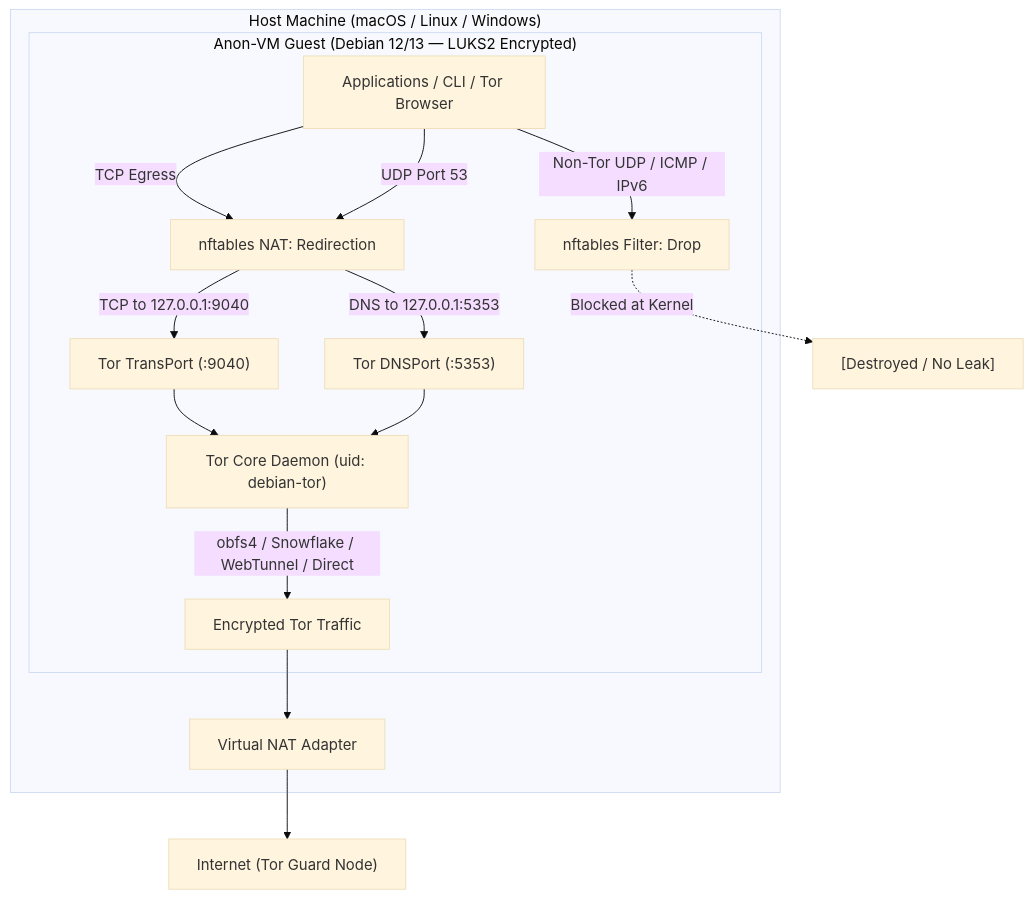
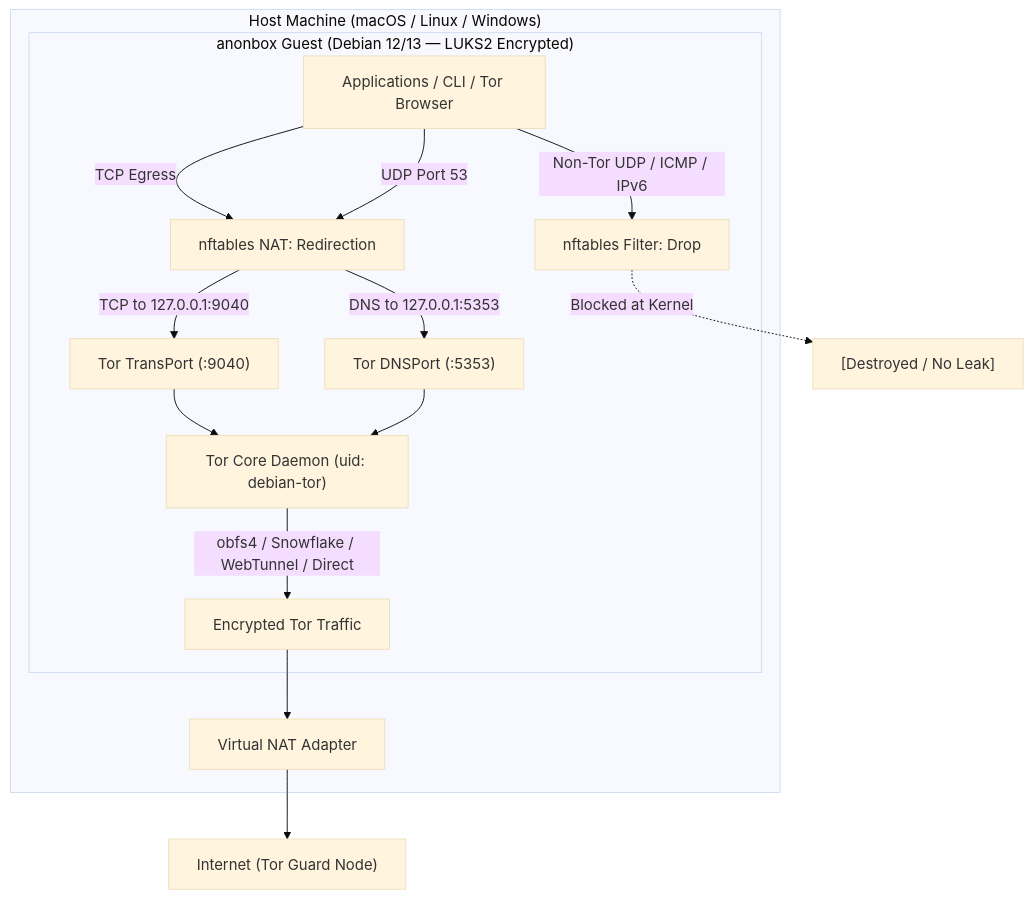
One commit to aleaz/anonbox changed the first of 2 diagrams in README.md. Above: the diagram before and after it, drawn with Mermaid (base theme). The commit also changed other lines of this file and 9 other files, not shown here.

````diff
--- a/README.md
+++ b/README.md
@@ -35,25 +37,25 @@
 ```mermaid
 flowchart TD
     subgraph Host["Host Machine (macOS / Linux / Windows)"]
-        subgraph Guest["Anon-VM Guest (Debian 12/13 — LUKS2 Encrypted)"]
+        subgraph Guest["anonbox Guest (Debian 12/13 — LUKS2 Encrypted)"]
             Apps["Applications / CLI / Tor Browser"]
             
             Apps -->|TCP Egress| NFT_NAT["nftables NAT: Redirection"]
             Apps -->|UDP Port 53| NFT_NAT
             Apps -->|Non-Tor UDP / ICMP / IPv6| NFT_FILTER["nftables Filter: Drop"]
             
             NFT_NAT -->|TCP to 127.0.0.1:9040| Tor_TransPort["Tor TransPort (:9040)"]
             NFT_NAT -->|DNS to 127.0.0.1:5353| Tor_DNSPort["Tor DNSPort (:5353)"]
             
             Tor_TransPort --> Tor_Core["Tor Core Daemon (uid: debian-tor)"]
             Tor_DNSPort --> Tor_Core
             
             Tor_Core -->|obfs4 / Snowflake / WebTunnel / Direct| Tor_Outbound["Encrypted Tor Traffic"]
         end
         
         Tor_Outbound --> NAT_Adapter["Virtual NAT Adapter"]
     end
     
     NAT_Adapter --> Internet["Internet (Tor Guard Node)"]
     NFT_FILTER -.->|Blocked at Kernel| DropNode["[Destroyed / No Leak]"]
 ```
````
